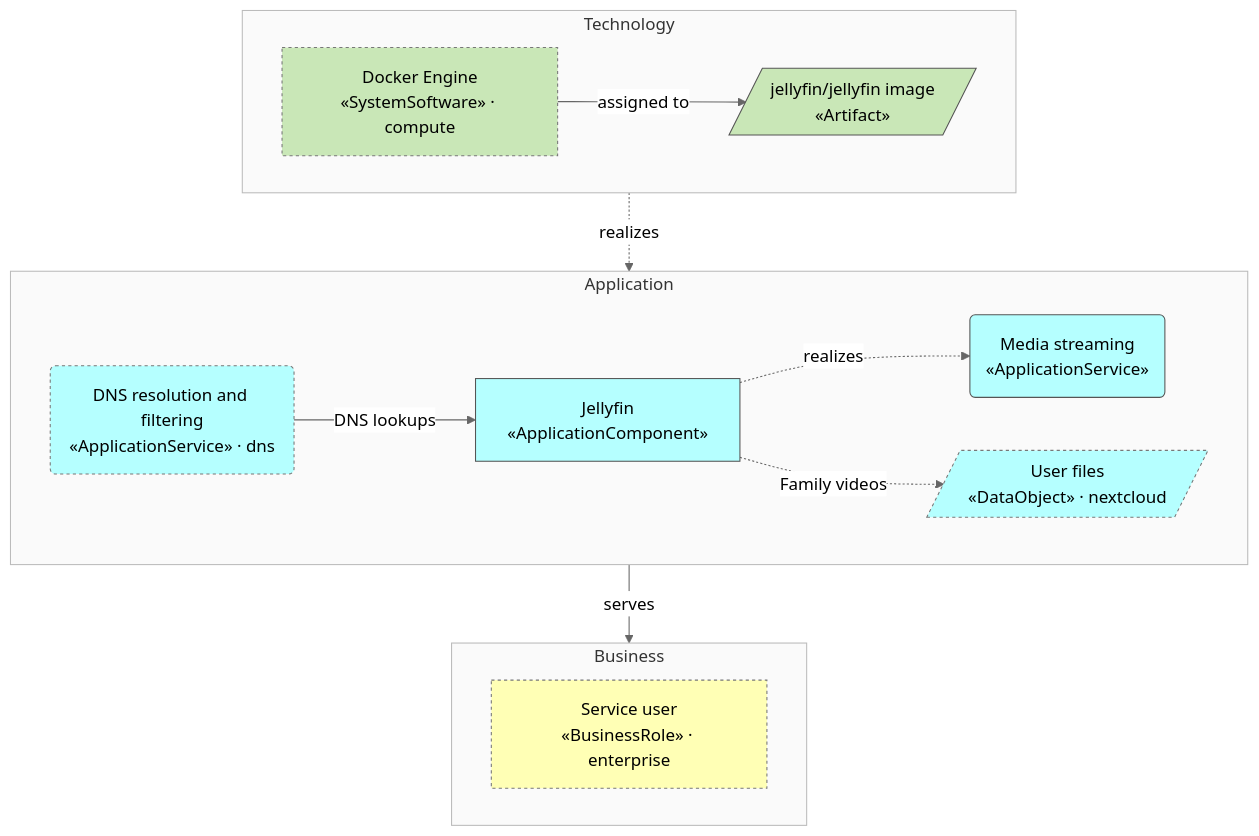
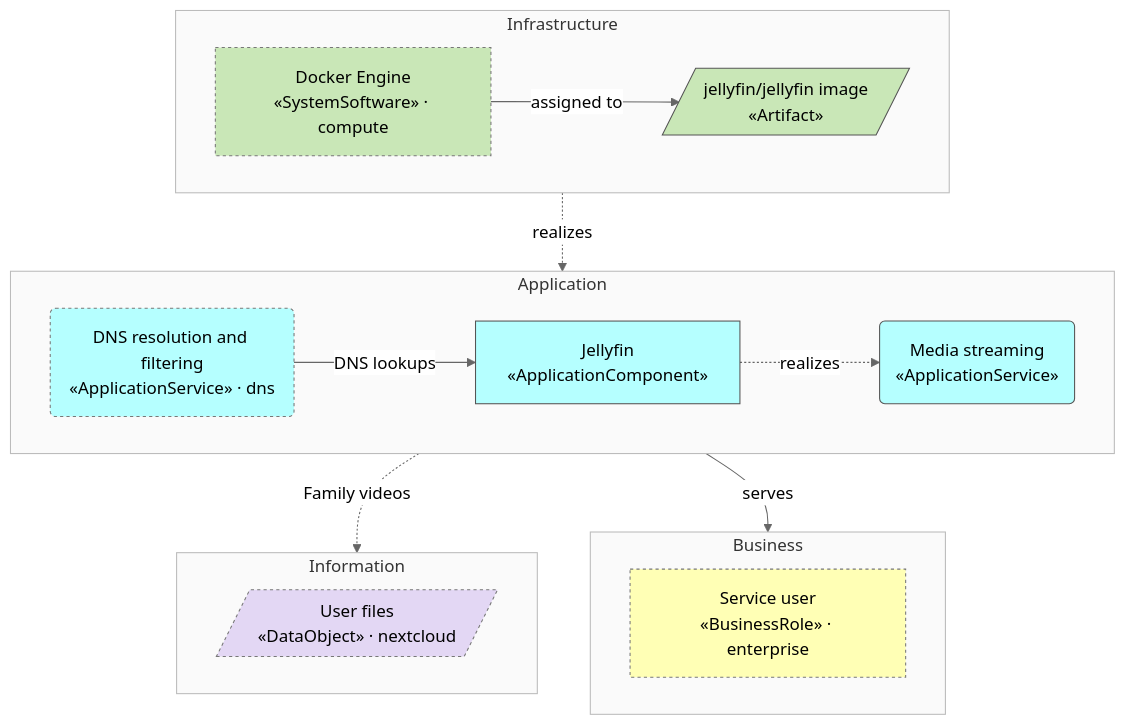
One commit to b-zig/a4m changed the third of 3 diagrams in docs/media/view-overview.md. Above: the diagram before and after it, drawn with Mermaid (neutral theme). The commit also changed other lines of this file and 83 other files, not shown here.

````diff
--- a/docs/media/view-overview.md
+++ b/docs/media/view-overview.md
@@ -63,36 +69,42 @@
 ```mermaid
 flowchart TB
   subgraph layer_business["Business"]
     direction LR
     enterprise__bus_role_user["Service user<br/>«BusinessRole» · enterprise"]
   end
+  subgraph layer_information["Information"]
+    direction LR
+    nextcloud__data_files[/"User files<br/>«DataObject» · nextcloud"/]
+  end
   subgraph layer_application["Application"]
     direction LR
     app_jellyfin["Jellyfin<br/>«ApplicationComponent»"]
     app_svc_streaming("Media streaming<br/>«ApplicationService»")
     dns__app_svc_dns("DNS resolution and filtering<br/>«ApplicationService» · dns")
-    nextcloud__app_data_files[/"User files<br/>«DataObject» · nextcloud"/]
   end
-  subgraph layer_technology["Technology"]
+  subgraph layer_infrastructure["Infrastructure"]
     direction LR
-    tech_art_jellyfin[/"jellyfin/jellyfin image<br/>«Artifact»"/]
-    compute__tech_docker["Docker Engine<br/>«SystemSoftware» · compute"]
+    infra_art_jellyfin[/"jellyfin/jellyfin image<br/>«Artifact»"/]
+    compute__infra_docker["Docker Engine<br/>«SystemSoftware» · compute"]
   end
   app_jellyfin -.->|"realizes"| app_svc_streaming
   app_svc_streaming -->|"serves"| enterprise__bus_role_user
-  app_jellyfin -.->|"Family videos"| nextcloud__app_data_files
+  app_jellyfin -.->|"Family videos"| nextcloud__data_files
   dns__app_svc_dns -->|"DNS lookups"| app_jellyfin
-  compute__tech_docker -->|"assigned to"| tech_art_jellyfin
-  tech_art_jellyfin -.->|"realizes"| app_jellyfin
+  compute__infra_docker -->|"assigned to"| infra_art_jellyfin
+  infra_art_jellyfin -.->|"realizes"| app_jellyfin
   classDef business fill:#FFFFB5,stroke:#555,color:#000
   class enterprise__bus_role_user business
   style layer_business fill:#fafafa,stroke:#bbb
+  classDef information fill:#E3D7F4,stroke:#555,color:#000
+  class nextcloud__data_files information
+  style layer_information fill:#fafafa,stroke:#bbb
   classDef application fill:#B5FFFF,stroke:#555,color:#000
-  class app_jellyfin,app_svc_streaming,dns__app_svc_dns,nextcloud__app_data_files application
+  class app_jellyfin,app_svc_streaming,dns__app_svc_dns application
   style layer_application fill:#fafafa,stroke:#bbb
-  classDef technology fill:#C9E7B7,stroke:#555,color:#000
-  class tech_art_jellyfin,compute__tech_docker technology
-  style layer_technology fill:#fafafa,stroke:#bbb
+  classDef infrastructure fill:#C9E7B7,stroke:#555,color:#000
+  class infra_art_jellyfin,compute__infra_docker infrastructure
+  style layer_infrastructure fill:#fafafa,stroke:#bbb
   classDef foreign stroke:#777,stroke-dasharray:3 3
-  class compute__tech_docker,dns__app_svc_dns,enterprise__bus_role_user,nextcloud__app_data_files foreign
+  class compute__infra_docker,dns__app_svc_dns,enterprise__bus_role_user,nextcloud__data_files foreign
 ```
````
